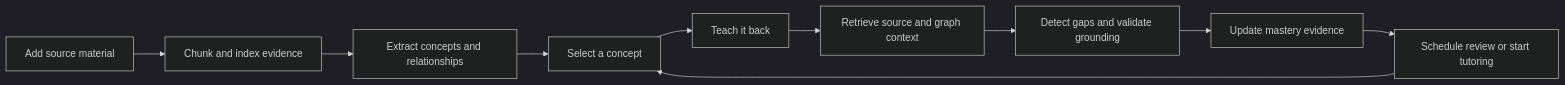
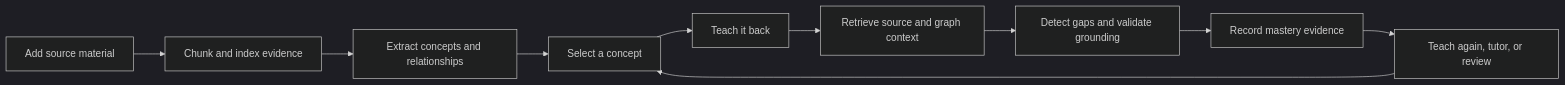
Before and after one commit to Dhruvg334/Tessarion: the first of 4 diagrams in README.md, drawn with Mermaid (dark theme). The commit also changed other lines of this file and 21 other files, not shown here.

````diff
--- a/README.md
+++ b/README.md
@@ -37,12 +37,12 @@
 ```mermaid
 flowchart LR
     A[Add source material] --> B[Chunk and index evidence]
     B --> C[Extract concepts and relationships]
     C --> D[Select a concept]
     D --> E[Teach it back]
     E --> F[Retrieve source and graph context]
     F --> G[Detect gaps and validate grounding]
-    G --> H[Update mastery evidence]
-    H --> I[Schedule review or start tutoring]
+    G --> H[Record mastery evidence]
+    H --> I[Teach again, tutor, or review]
     I --> D
 ```
````
